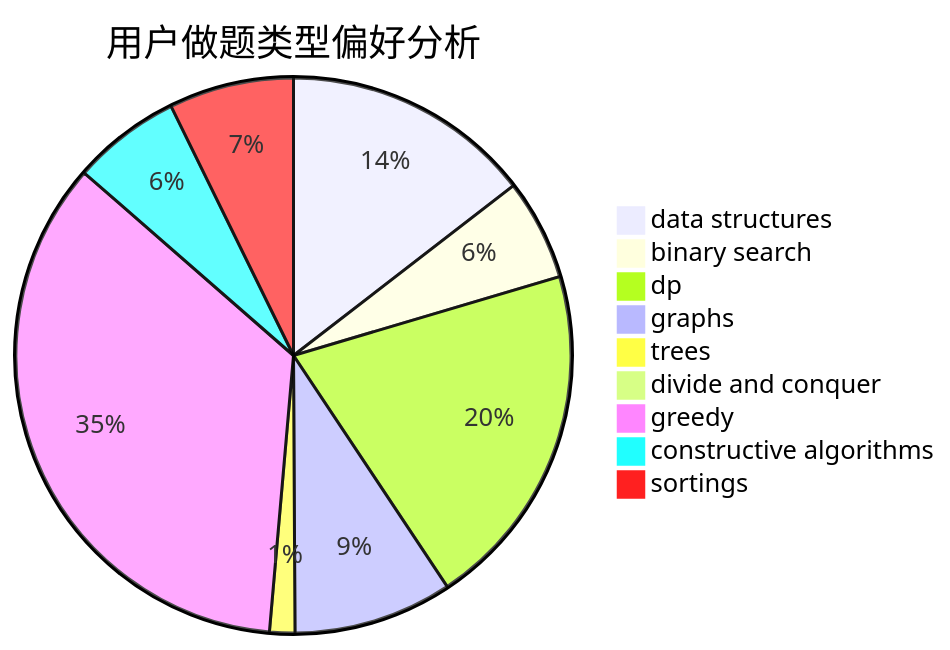
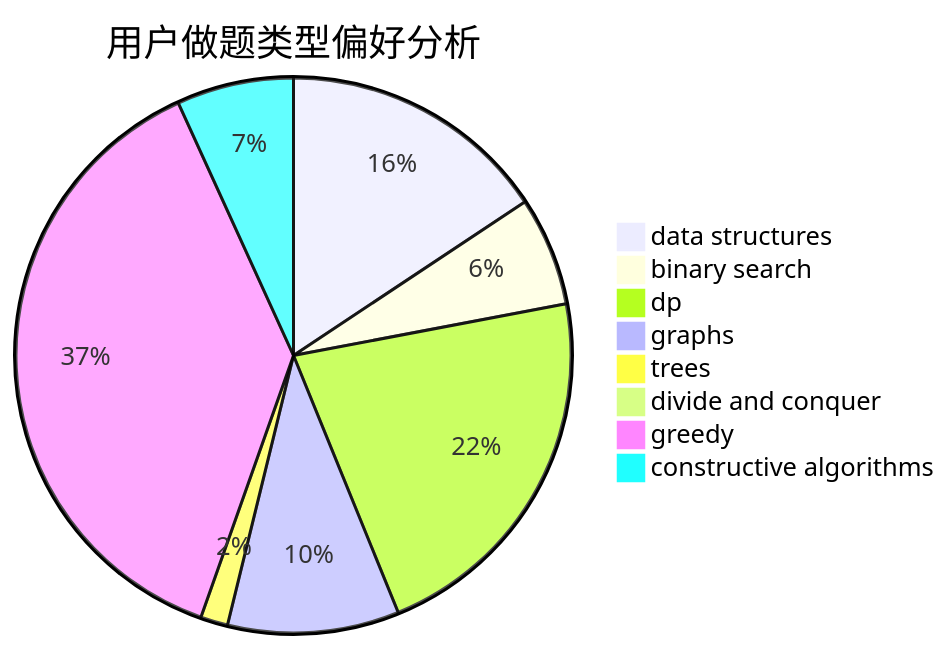
One commit to sherpahu/cfrs.github.io changed the second of 3 diagrams in docs/user/u1843.md. Above: the diagram before and after it, drawn with Mermaid. The commit also changed other lines of this file and 2769 other files, not shown here.

````diff
--- a/docs/user/u1843.md
+++ b/docs/user/u1843.md
@@ -18,12 +18,11 @@
 ```mermaid
 pie title 用户做题类型偏好分析
     "data structures" :  168
     "binary search" :  68
     "dp" :  234
     "graphs" :  107
     "trees" :  17
     "divide and conquer" :  10
     "greedy" :  405
     "constructive algorithms" :  73
-    "sortings" :  84
 ```
````
